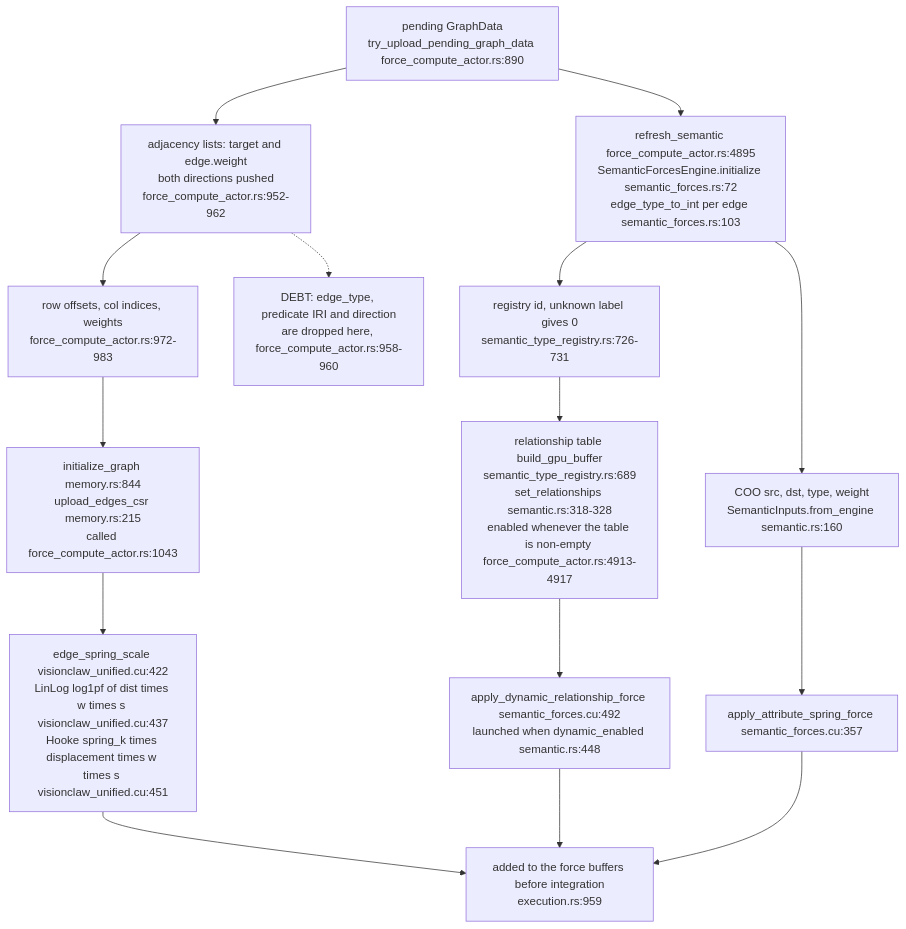
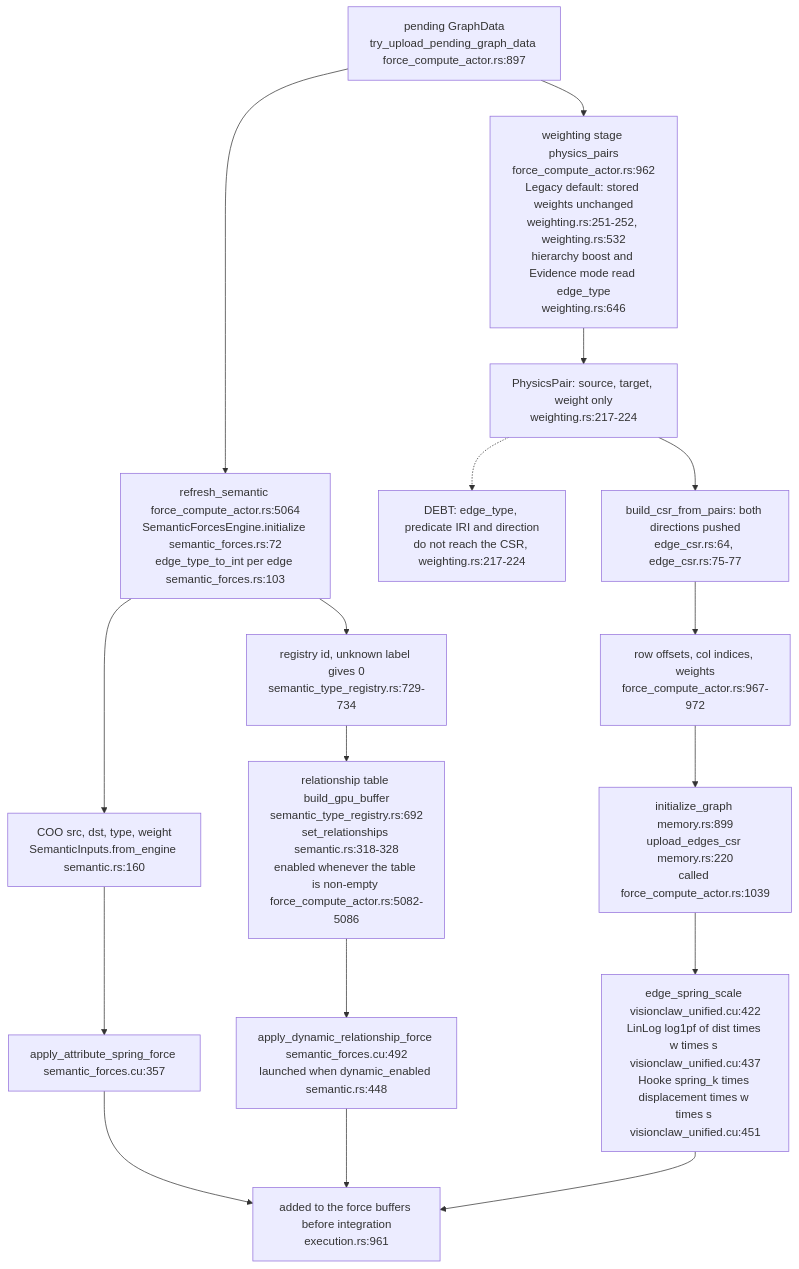
Before and after one commit to DreamLab-AI/VisionFlow: the fourth of 5 diagrams in docs/diagrams/visionclaw/58-corpus-page-to-gpu-edge.md, drawn with Mermaid. The commit also changed other lines of this file, not shown here.

First line of the commit message:
diagrams(visionclaw): re-verify VC-58 at visionclaw 4900ec60 after ADR-2204

````diff
--- a/docs/diagrams/visionclaw/58-corpus-page-to-gpu-edge.md
+++ b/docs/diagrams/visionclaw/58-corpus-page-to-gpu-edge.md
@@ -107,17 +116,19 @@
 ```mermaid
 flowchart TB
-    G["pending GraphData<br/>try_upload_pending_graph_data force_compute_actor.rs:890"] --> ADJ["adjacency lists: target and edge.weight<br/>both directions pushed<br/>force_compute_actor.rs:952-962"]
-    ADJ --> CSR["row offsets, col indices, weights<br/>force_compute_actor.rs:972-983"]
-    CSR --> INIT["initialize_graph memory.rs:844<br/>upload_edges_csr memory.rs:215<br/>called force_compute_actor.rs:1043"]
+    G["pending GraphData<br/>try_upload_pending_graph_data force_compute_actor.rs:897"] --> WEIGH["weighting stage physics_pairs<br/>force_compute_actor.rs:962<br/>Legacy default: stored weights unchanged<br/>weighting.rs:251-252, weighting.rs:532<br/>hierarchy boost and Evidence mode read edge_type<br/>weighting.rs:646"]
+    WEIGH --> PAIR["PhysicsPair: source, target, weight only<br/>weighting.rs:217-224"]
+    PAIR --> ADJ["build_csr_from_pairs: both directions pushed<br/>edge_csr.rs:64, edge_csr.rs:75-77"]
+    ADJ --> CSR["row offsets, col indices, weights<br/>force_compute_actor.rs:967-972"]
+    CSR --> INIT["initialize_graph memory.rs:899<br/>upload_edges_csr memory.rs:220<br/>called force_compute_actor.rs:1039"]
     INIT --> SPR["edge_spring_scale visionclaw_unified.cu:422<br/>LinLog log1pf of dist times w times s visionclaw_unified.cu:437<br/>Hooke spring_k times displacement times w times s visionclaw_unified.cu:451"]
-    ADJ -.-> DEBTCSR["DEBT: edge_type, predicate IRI and direction<br/>are dropped here, force_compute_actor.rs:958-960"]
-    G --> SEM["refresh_semantic force_compute_actor.rs:4895<br/>SemanticForcesEngine.initialize semantic_forces.rs:72<br/>edge_type_to_int per edge semantic_forces.rs:103"]
-    SEM --> REG["registry id, unknown label gives 0<br/>semantic_type_registry.rs:726-731"]
+    PAIR -.-> DEBTCSR["DEBT: edge_type, predicate IRI and direction<br/>do not reach the CSR, weighting.rs:217-224"]
+    G --> SEM["refresh_semantic force_compute_actor.rs:5064<br/>SemanticForcesEngine.initialize semantic_forces.rs:72<br/>edge_type_to_int per edge semantic_forces.rs:103"]
+    SEM --> REG["registry id, unknown label gives 0<br/>semantic_type_registry.rs:729-734"]
     SEM --> COO["COO src, dst, type, weight<br/>SemanticInputs.from_engine semantic.rs:160"]
-    REG --> TABLE["relationship table build_gpu_buffer<br/>semantic_type_registry.rs:689<br/>set_relationships semantic.rs:318-328<br/>enabled whenever the table is non-empty force_compute_actor.rs:4913-4917"]
+    REG --> TABLE["relationship table build_gpu_buffer<br/>semantic_type_registry.rs:692<br/>set_relationships semantic.rs:318-328<br/>enabled whenever the table is non-empty force_compute_actor.rs:5082-5086"]
     COO --> ATTR["apply_attribute_spring_force semantic_forces.cu:357"]
     TABLE --> DYN["apply_dynamic_relationship_force semantic_forces.cu:492<br/>launched when dynamic_enabled semantic.rs:448"]
-    ATTR --> FORCES["added to the force buffers before integration<br/>execution.rs:959"]
+    ATTR --> FORCES["added to the force buffers before integration<br/>execution.rs:961"]
     DYN --> FORCES
     SPR --> FORCES
 ```
````
